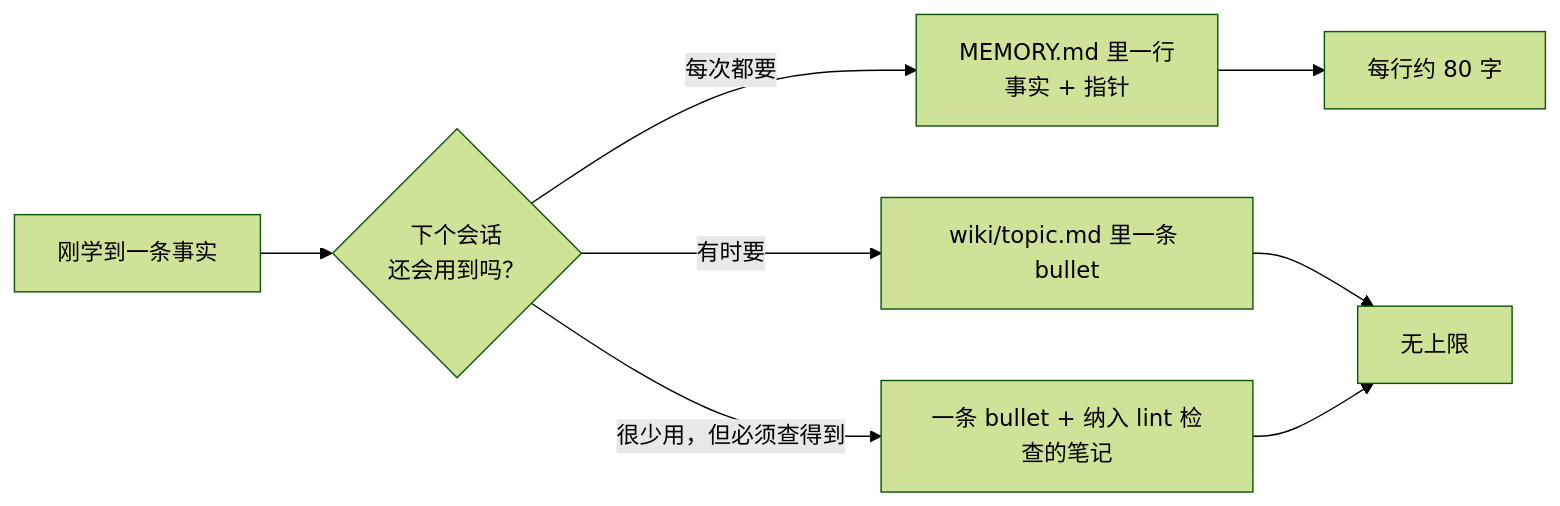
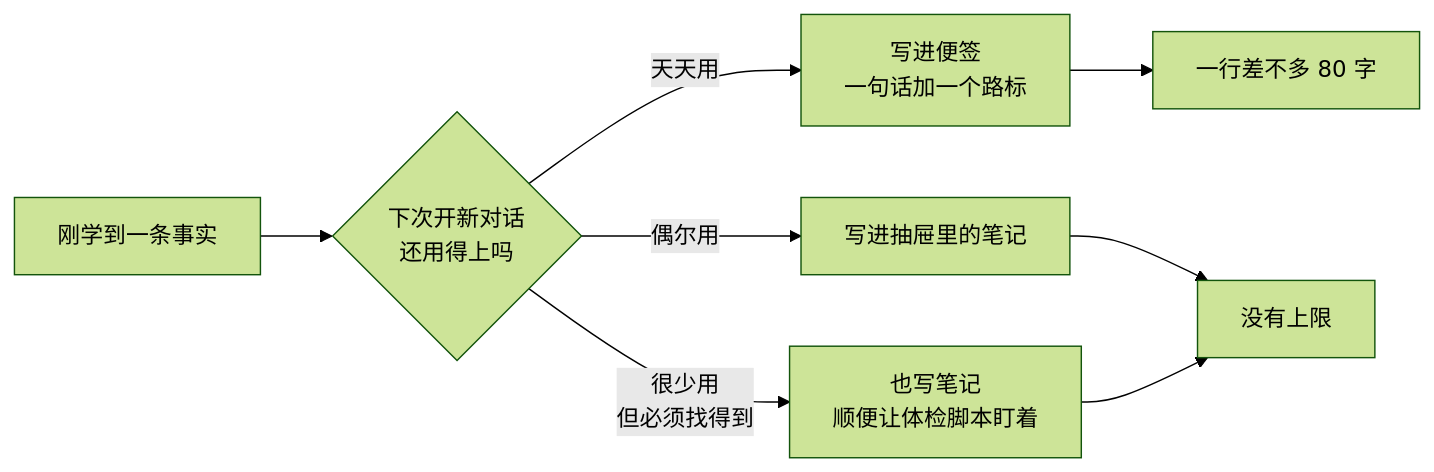
Before and after one commit to QINXIN111/tiered-memory: the third of 3 diagrams in README.zh-CN.md, drawn with Mermaid (forest theme). The commit also changed other lines of this file and 1 other file, not shown here.

````diff
--- a/README.zh-CN.md
+++ b/README.zh-CN.md
@@ -68,10 +74,10 @@
 ```mermaid
 flowchart LR
-    Q["刚学到一条事实"] --> R{"下个会话<br/>还会用到吗？"}
-    R -- "每次都要" --> S["MEMORY.md 里一行<br/>事实 + 指针"]
-    R -- "有时要" --> T["wiki/topic.md 里一条 bullet"]
-    R -- "很少用，但必须查得到" --> U["一条 bullet + 纳入 lint 检查的笔记"]
-    S --> V["每行约 80 字"]
-    T --> W["无上限"]
+    Q["刚学到一条事实"] --> R{"下次开新对话<br/>还用得上吗"}
+    R -- "天天用" --> S["写进便签<br/>一句话加一个路标"]
+    R -- "偶尔用" --> T["写进抽屉里的笔记"]
+    R -- "很少用<br/>但必须找得到" --> U["也写笔记<br/>顺便让体检脚本盯着"]
+    S --> V["一行差不多 80 字"]
+    T --> W["没有上限"]
     U --> W
 ```
````
